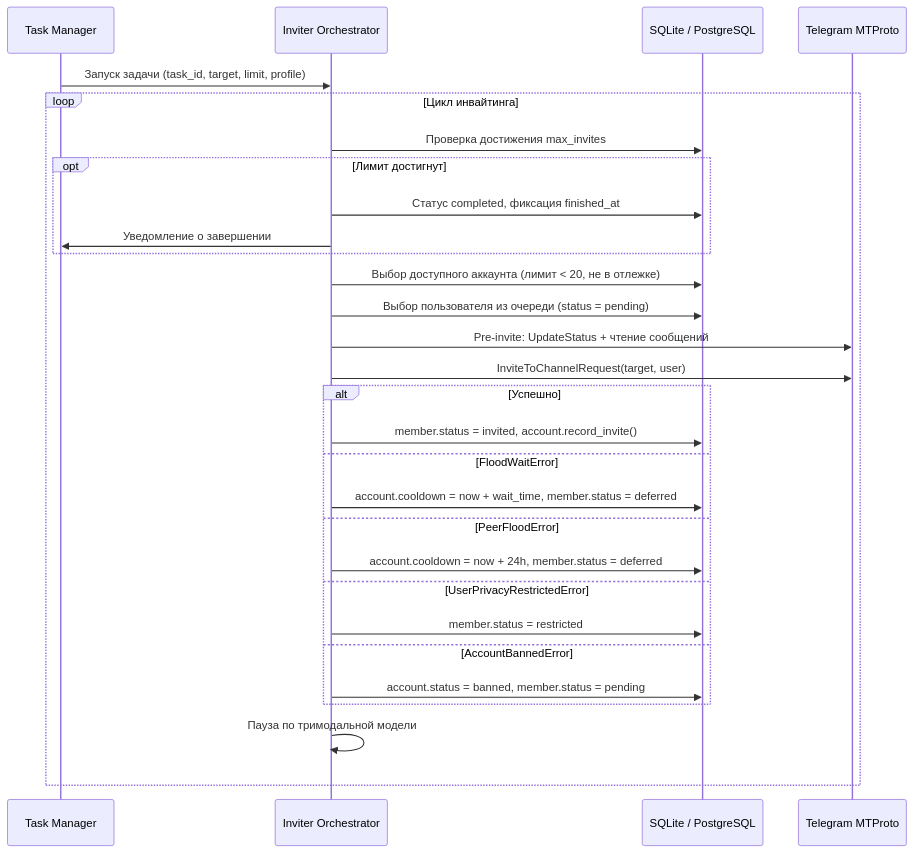
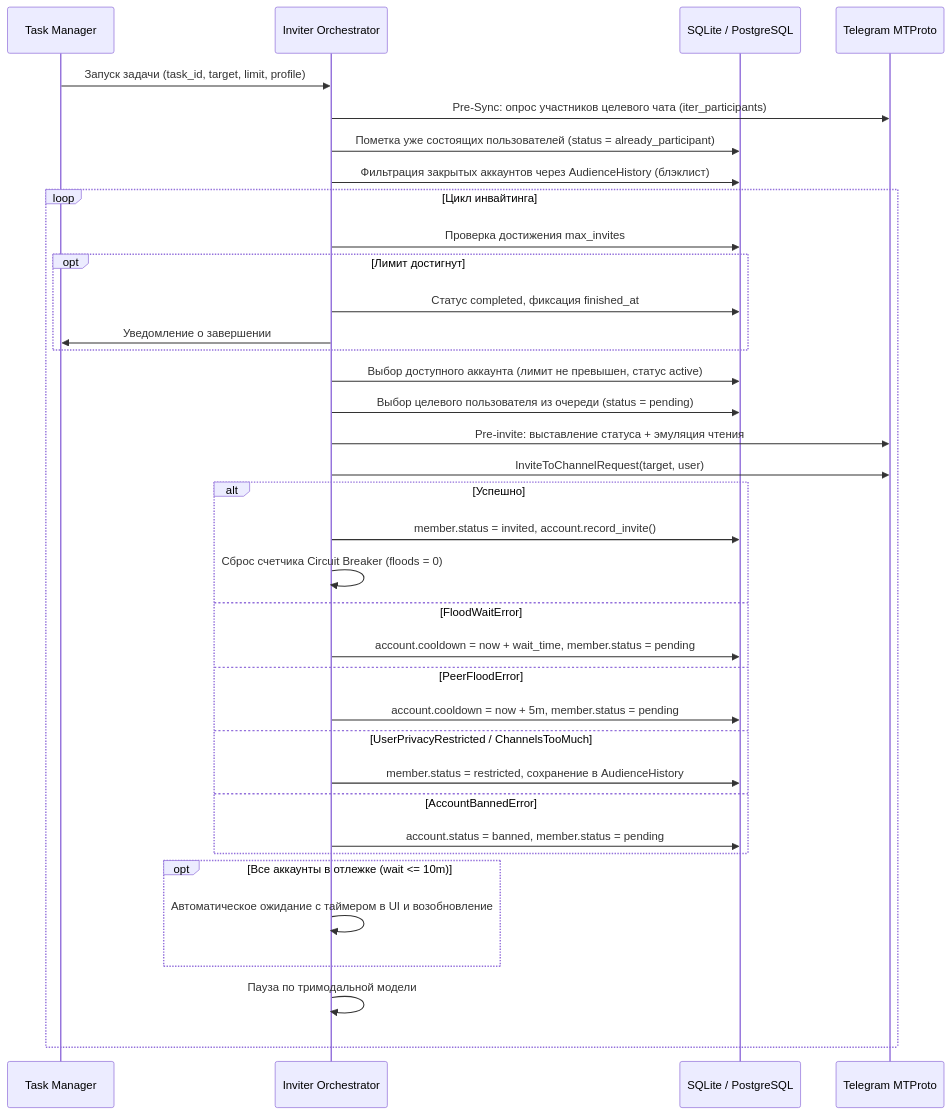
Before and after one commit to ivanchik-byte/tg-invite-machine: the first of 2 diagrams in docs/ARCHITECTURE.md, drawn with Mermaid. The commit also changed other lines of this file and 11 other files, not shown here.

Commit message:
docs: update architecture, readme and comments for v0.1.2

````diff
--- a/docs/ARCHITECTURE.md
+++ b/docs/ARCHITECTURE.md
@@ -138,32 +140,39 @@
 ```mermaid
 sequenceDiagram
     participant TM as Task Manager
     participant ORCH as Inviter Orchestrator
     participant DB as SQLite / PostgreSQL
     participant TG as Telegram MTProto
 
     TM->>ORCH: Запуск задачи (task_id, target, limit, profile)
+    ORCH->>TG: Pre-Sync: опрос участников целевого чата (iter_participants)
+    ORCH->>DB: Пометка уже состоящих пользователей (status = already_participant)
+    ORCH->>DB: Фильтрация закрытых аккаунтов через AudienceHistory (блэклист)
     loop Цикл инвайтинга
         ORCH->>DB: Проверка достижения max_invites
         opt Лимит достигнут
             ORCH->>DB: Статус completed, фиксация finished_at
             ORCH->>TM: Уведомление о завершении
         end
-        ORCH->>DB: Выбор доступного аккаунта (лимит < 20, не в отлежке)
-        ORCH->>DB: Выбор пользователя из очереди (status = pending)
-        ORCH->>TG: Pre-invite: UpdateStatus + чтение сообщений
+        ORCH->>DB: Выбор доступного аккаунта (лимит не превышен, статус active)
+        ORCH->>DB: Выбор целевого пользователя из очереди (status = pending)
+        ORCH->>TG: Pre-invite: выставление статуса + эмуляция чтения
         ORCH->>TG: InviteToChannelRequest(target, user)
         alt Успешно
             ORCH->>DB: member.status = invited, account.record_invite()
+            ORCH->>ORCH: Сброс счетчика Circuit Breaker (floods = 0)
         else FloodWaitError
-            ORCH->>DB: account.cooldown = now + wait_time, member.status = deferred
+            ORCH->>DB: account.cooldown = now + wait_time, member.status = pending
         else PeerFloodError
-            ORCH->>DB: account.cooldown = now + 24h, member.status = deferred
-        else UserPrivacyRestrictedError
-            ORCH->>DB: member.status = restricted
+            ORCH->>DB: account.cooldown = now + 5m, member.status = pending
+        else UserPrivacyRestricted / ChannelsTooMuch
+            ORCH->>DB: member.status = restricted, сохранение в AudienceHistory
         else AccountBannedError
             ORCH->>DB: account.status = banned, member.status = pending
+        end
+        opt Все аккаунты в отлежке (wait <= 10m)
+            ORCH->>ORCH: Автоматическое ожидание с таймером в UI и возобновление
         end
         ORCH->>ORCH: Пауза по тримодальной модели
     end
 ```
````
